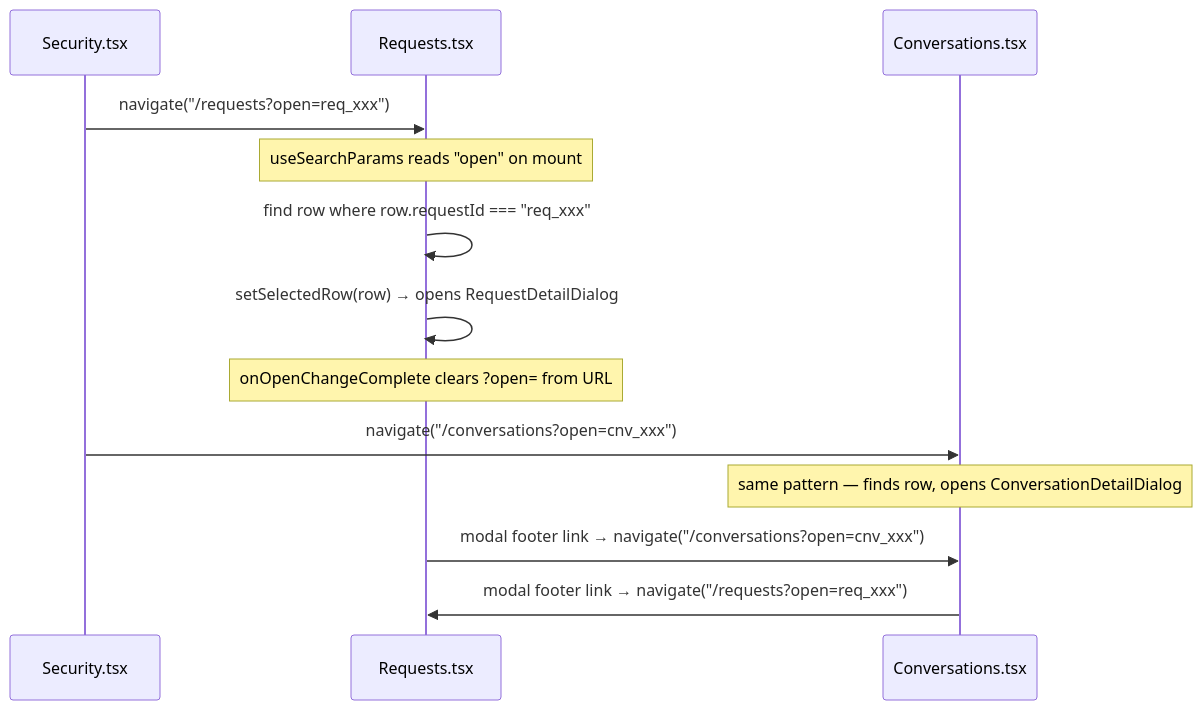
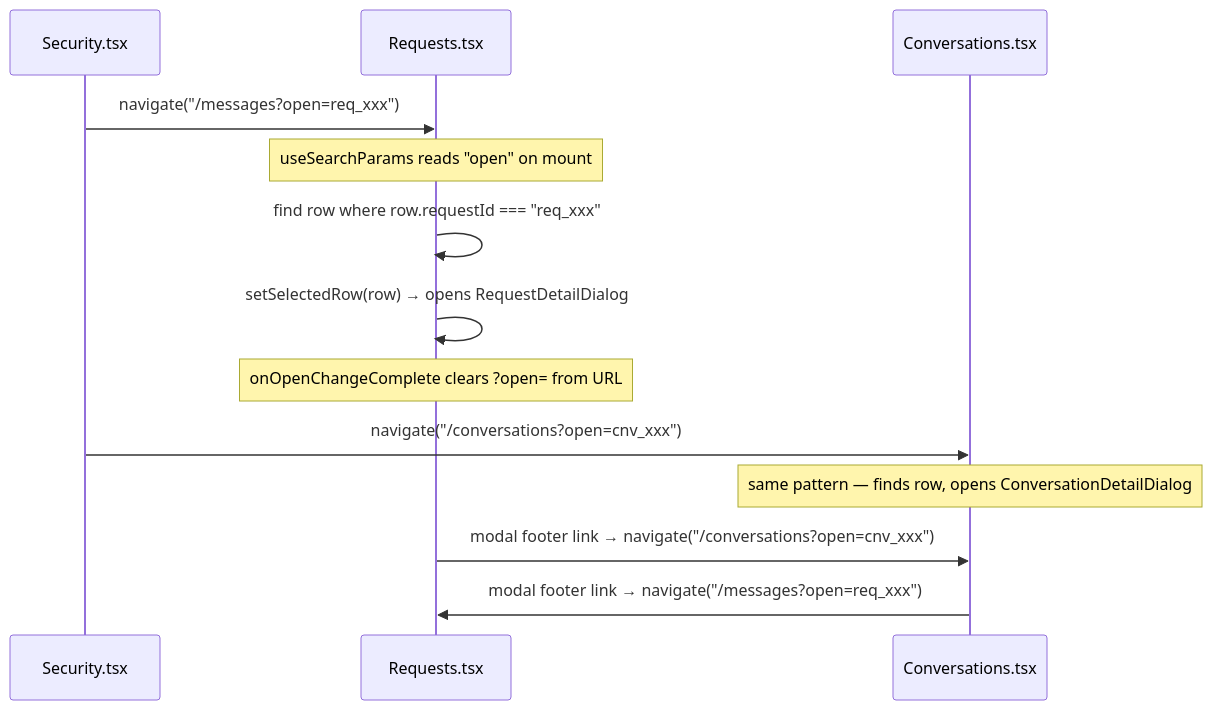
Before and after one commit to Neoneue/gate-ai-build: the third of 4 diagrams in data-model.md, drawn with Mermaid. The commit also changed other lines of this file and 6 other files, not shown here.

````diff
--- a/data-model.md
+++ b/data-model.md
@@ -840,18 +840,18 @@
 ```mermaid
 sequenceDiagram
     participant S as Security.tsx
     participant R as Requests.tsx
     participant C as Conversations.tsx
 
-    S->>R: navigate("/requests?open=req_xxx")
+    S->>R: navigate("/messages?open=req_xxx")
     Note over R: useSearchParams reads "open" on mount
     R->>R: find row where row.requestId === "req_xxx"
     R->>R: setSelectedRow(row) → opens RequestDetailDialog
     Note over R: onOpenChangeComplete clears ?open= from URL
 
     S->>C: navigate("/conversations?open=cnv_xxx")
     Note over C: same pattern — finds row, opens ConversationDetailDialog
 
     R->>C: modal footer link → navigate("/conversations?open=cnv_xxx")
-    C->>R: modal footer link → navigate("/requests?open=req_xxx")
+    C->>R: modal footer link → navigate("/messages?open=req_xxx")
 ```
````
